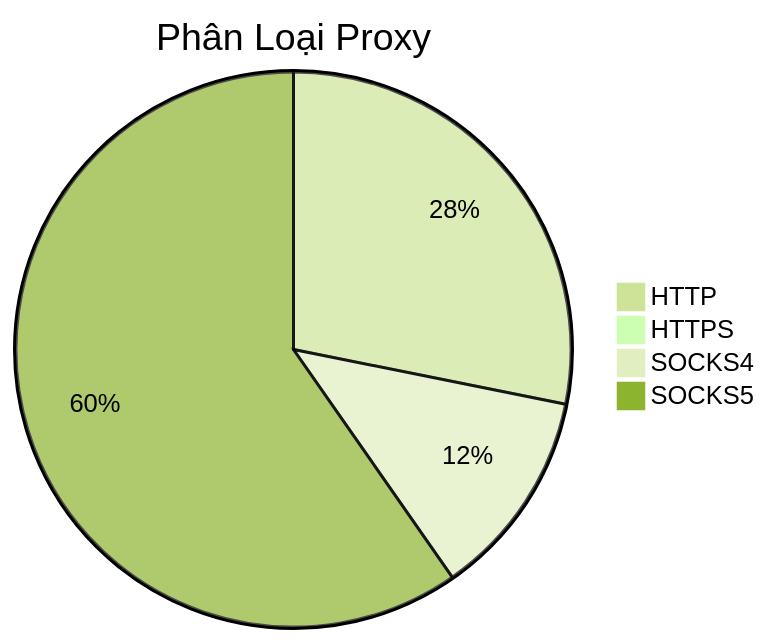
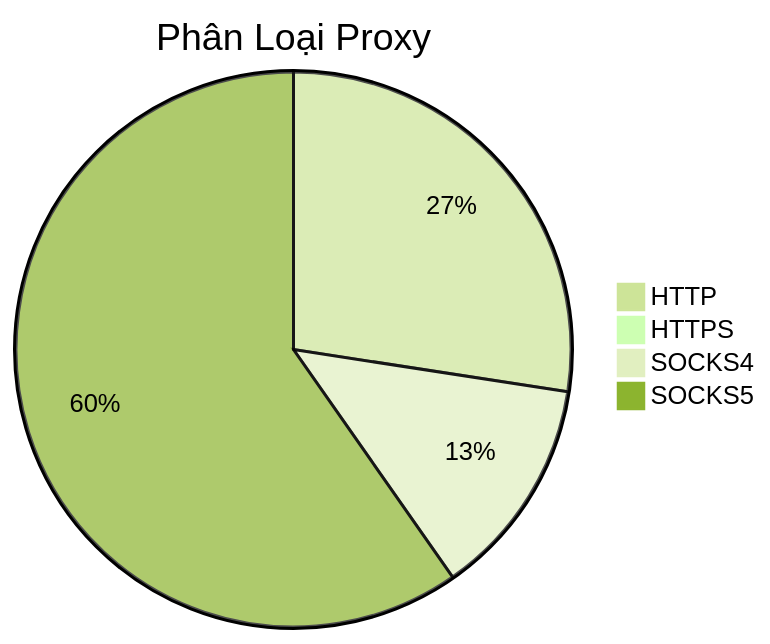
The diagram in README.md (Ciara-12/PROXY-free), drawn with Mermaid (forest theme) before and after one commit. The commit also changed other lines of this file and 4 other files, not shown here.

````diff
--- a/README.md
+++ b/README.md
@@ -26,7 +26,7 @@
 ```mermaid
 pie title Phân Loại Proxy
-    "HTTP" : 417
-    "HTTPS" : 1
-    "SOCKS4" : 180
-    "SOCKS5" : 884
+    "HTTP" : 397
+    "HTTPS" : 0
+    "SOCKS4" : 186
+    "SOCKS5" : 864
 ```
````
